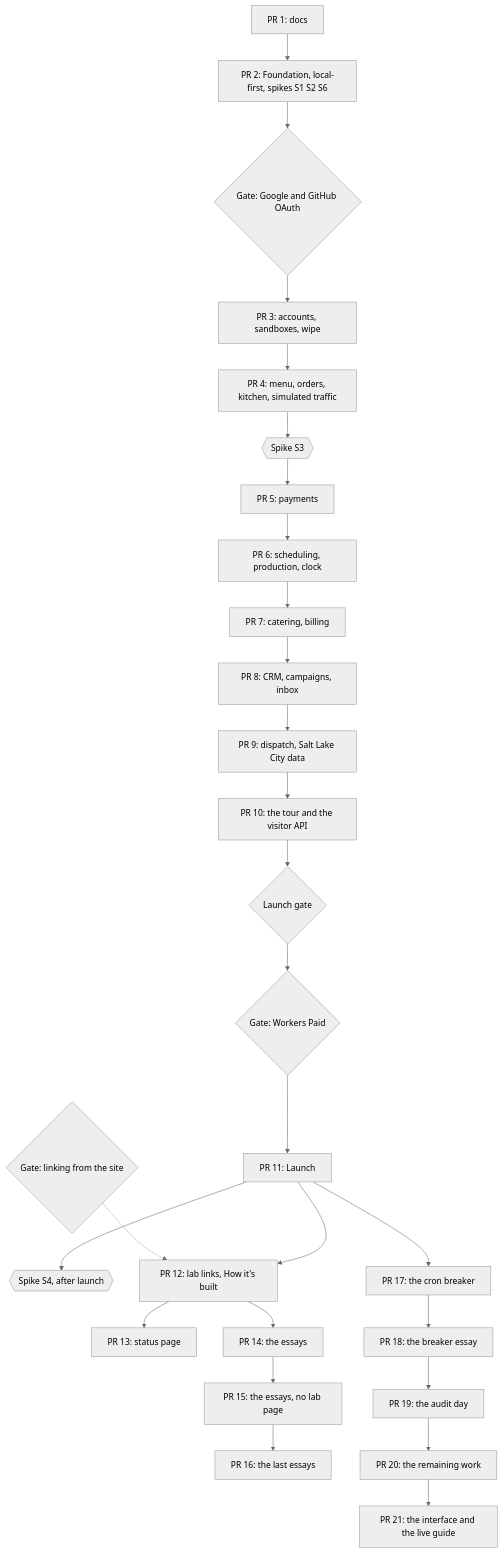
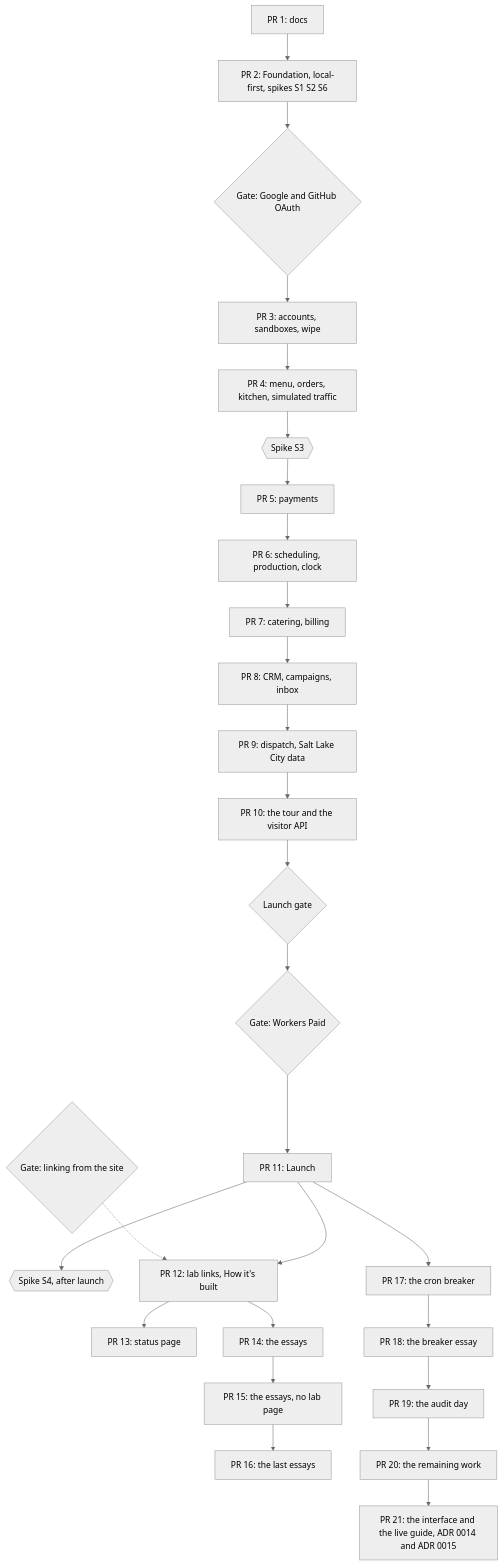
Before and after one commit to IHaveASegway/bakery: the diagram in docs/roadmap.md, drawn with Mermaid (neutral theme). The commit also changed other lines of this file and 3 other files, not shown here.

````diff
--- a/docs/roadmap.md
+++ b/docs/roadmap.md
@@ -76,17 +76,17 @@
 ```mermaid
 flowchart TB
   P1["PR 1: docs"] --> P2["PR 2: Foundation, local-first, spikes S1 S2 S6"]
   P2 --> OG{"Gate: Google and GitHub OAuth"} --> P3["PR 3: accounts, sandboxes, wipe"] --> P4["PR 4: menu, orders, kitchen, simulated traffic"]
   P4 --> S3{{"Spike S3"}} --> P5["PR 5: payments"]
   P5 --> P6["PR 6: scheduling, production, clock"] --> P7["PR 7: catering, billing"] --> P8["PR 8: CRM, campaigns, inbox"] --> P9["PR 9: dispatch, Salt Lake City data"]
   P9 --> P10["PR 10: the tour and the visitor API"]
   P10 --> LG{"Launch gate"} --> WP{"Gate: Workers Paid"} --> P11["PR 11: Launch"]
   P11 --> S4{{"Spike S4, after launch"}}
   LG2{"Gate: linking from the site"} -.-> P12
   P11 --> P12["PR 12: lab links, How it's built"] --> P13["PR 13: status page"]
   P12 --> P14["PR 14: the essays"] --> P15["PR 15: the essays, no lab page"] --> P16["PR 16: the last essays"]
   P11 --> P17["PR 17: the cron breaker"] --> P18["PR 18: the breaker essay"]
   P18 --> P19["PR 19: the audit day"]
   P19 --> P20["PR 20: the remaining work"]
-  P20 --> P21["PR 21: the interface and the live guide"]
+  P20 --> P21["PR 21: the interface and the live guide, ADR 0014 and ADR 0015"]
 ```
````
